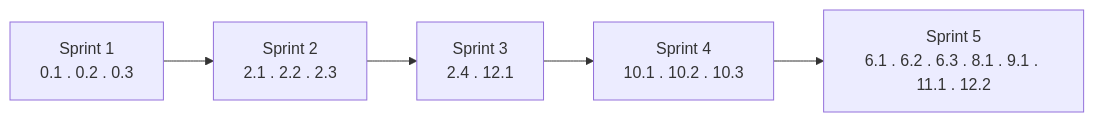
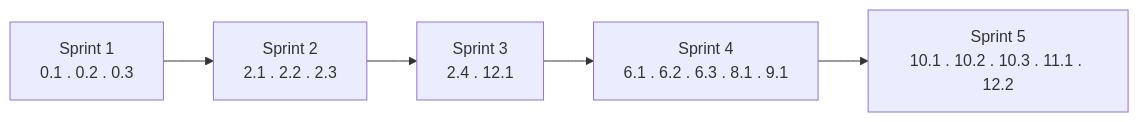
One commit to ahliweb/awcms-mini changed the second of 2 diagrams in docs/awcms-mini/06_github_issues_detail.md. Above: the diagram before and after it, drawn with Mermaid. The commit also changed other lines of this file and 17 other files, not shown here.

````diff
--- a/docs/awcms-mini/06_github_issues_detail.md
+++ b/docs/awcms-mini/06_github_issues_detail.md
@@ -242,7 +246,7 @@
 ```mermaid
 flowchart LR
   S1[Sprint 1<br/>0.1 . 0.2 . 0.3] --> S2[Sprint 2<br/>2.1 . 2.2 . 2.3]
   S2 --> S3[Sprint 3<br/>2.4 . 12.1]
-  S3 --> S4[Sprint 4<br/>10.1 . 10.2 . 10.3]
-  S4 --> S5[Sprint 5<br/>6.1 . 6.2 . 6.3 . 8.1 . 9.1 . 11.1 . 12.2]
+  S3 --> S4[Sprint 4<br/>6.1 . 6.2 . 6.3 . 8.1 . 9.1]
+  S4 --> S5[Sprint 5<br/>10.1 . 10.2 . 10.3 . 11.1 . 12.2]
 ```
````
